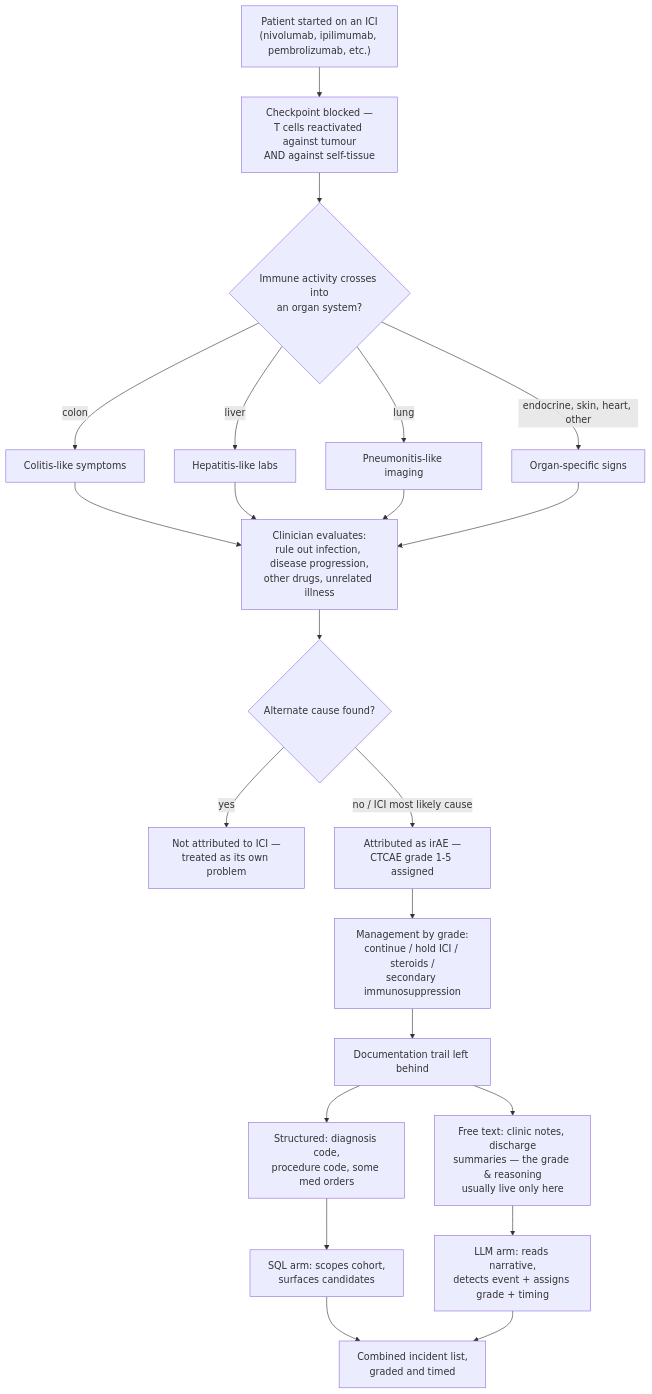
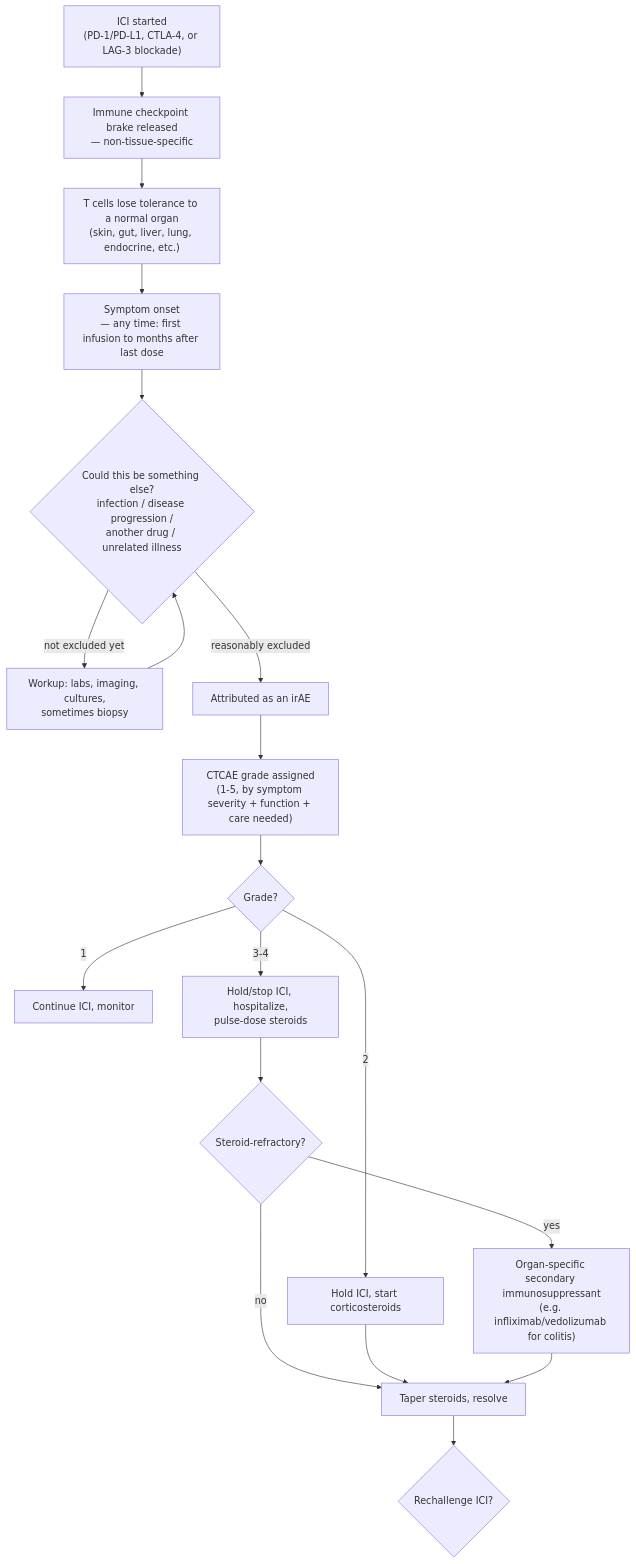
Before and after one commit to Xiaotong091105/Notebook: the first of 3 diagrams in Ideas/Requests/Req.22/ici-toxicity-detection-grading-learning-map.md, drawn with Mermaid. The commit also changed other lines of this file, not shown here.

First line of the commit message:
Update ICI toxicity detection & grading learning map for Request 22

````diff
--- a/Ideas/Requests/Req.22/ici-toxicity-detection-grading-learning-map.md
+++ b/Ideas/Requests/Req.22/ici-toxicity-detection-grading-learning-map.md
@@ -32,21 +32,21 @@
 ```mermaid
 flowchart TB
-    A["Patient started on an ICI<br/>(nivolumab, ipilimumab, pembrolizumab, etc.)"] --> B["Checkpoint blocked —<br/>T cells reactivated against tumour<br/>AND against self-tissue"]
-    B --> C{"Immune activity crosses into<br/>an organ system?"}
-    C -- "colon" --> D1["Colitis-like symptoms"]
-    C -- "liver" --> D2["Hepatitis-like labs"]
-    C -- "lung" --> D3["Pneumonitis-like imaging"]
-    C -- "endocrine, skin, heart, other" --> D4["Organ-specific signs"]
-    D1 & D2 & D3 & D4 --> E["Clinician evaluates:<br/>rule out infection, disease progression,<br/>other drugs, unrelated illness"]
-    E --> F{"Alternate cause found?"}
-    F -- "yes" --> G["Not attributed to ICI —<br/>treated as its own problem"]
-    F -- "no / ICI most likely cause" --> H["Attributed as irAE —<br/>CTCAE grade 1-5 assigned"]
-    H --> I["Management by grade:<br/>continue / hold ICI / steroids /<br/>secondary immunosuppression"]
-    I --> J["Documentation trail left behind"]
-    J --> K1["Structured: diagnosis code,<br/>procedure code, some med orders"]
-    J --> K2["Free text: clinic notes, discharge<br/>summaries — the grade & reasoning<br/>usually live only here"]
-    K1 --> L["SQL arm: scopes cohort,<br/>surfaces candidates"]
-    K2 --> M["LLM arm: reads narrative,<br/>detects event + assigns grade + timing"]
-    L --> N["Combined incident list,<br/>graded and timed"]
-    M --> N
+    A["ICI started<br/>(PD-1/PD-L1, CTLA-4, or LAG-3 blockade)"] --> B["Immune checkpoint brake released<br/>— non-tissue-specific"]
+    B --> C["T cells lose tolerance to a normal organ<br/>(skin, gut, liver, lung, endocrine, etc.)"]
+    C --> D["Symptom onset<br/>— any time: first infusion to months after last dose"]
+    D --> E{"Could this be something else?<br/>infection / disease progression /<br/>another drug / unrelated illness"}
+    E -- "not excluded yet" --> F["Workup: labs, imaging, cultures,<br/>sometimes biopsy"]
+    F --> E
+    E -- "reasonably excluded" --> G["Attributed as an irAE"]
+    G --> H["CTCAE grade assigned<br/>(1-5, by symptom severity + function + care needed)"]
+    H --> I{"Grade?"}
+    I -- "1" --> J["Continue ICI, monitor"]
+    I -- "2" --> K["Hold ICI, start corticosteroids"]
+    I -- "3-4" --> L["Hold/stop ICI, hospitalize,<br/>pulse-dose steroids"]
+    L --> M{"Steroid-refractory?"}
+    M -- "yes" --> N["Organ-specific secondary immunosuppressant<br/>(e.g. infliximab/vedolizumab for colitis)"]
+    M -- "no" --> O["Taper steroids, resolve"]
+    K --> O
+    N --> O
+    O --> P{"Rechallenge ICI?"}
 ```
````
